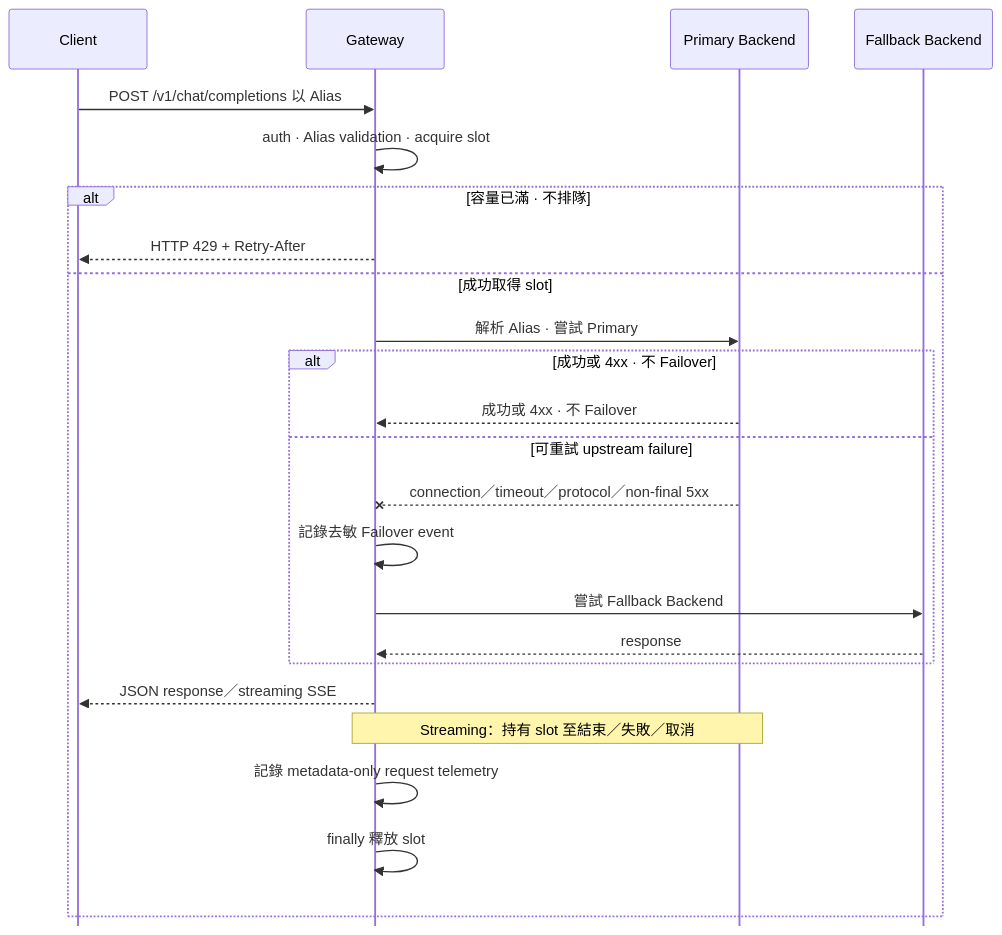
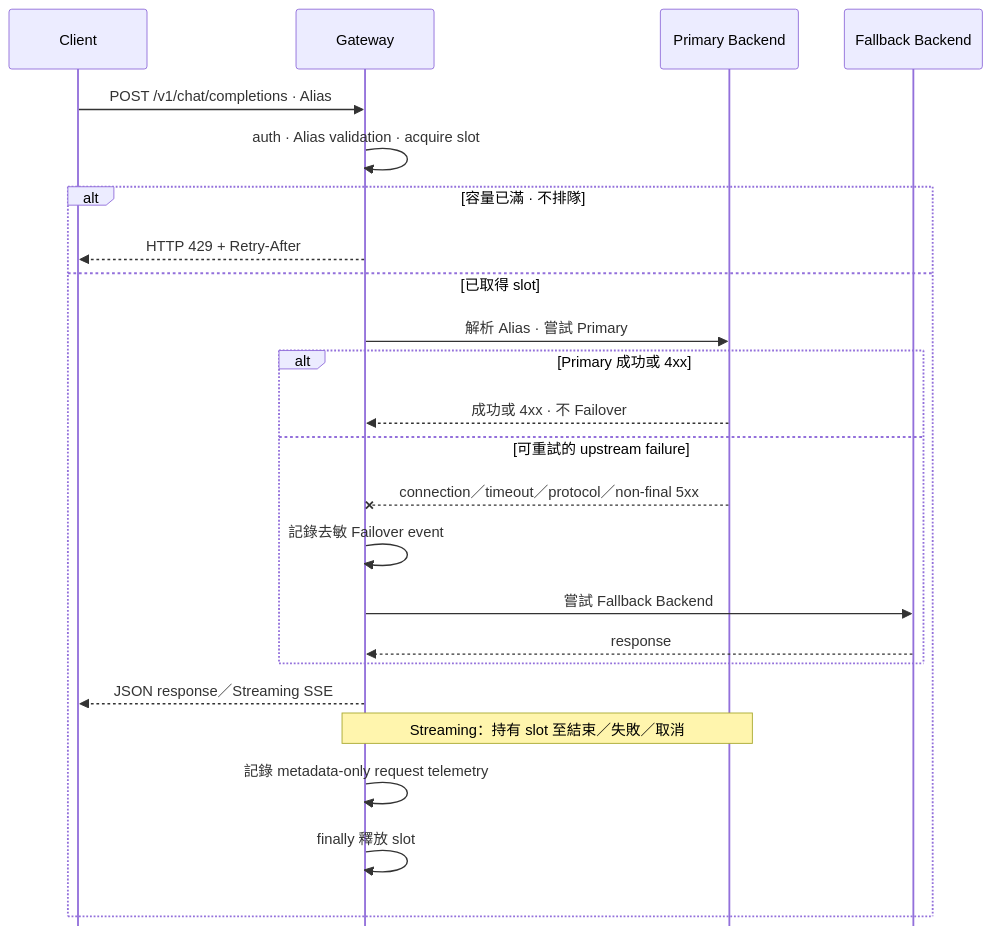
Before and after one commit to kuotunyu/local-inference-bench-gateway: the second of 3 diagrams in README.md, drawn with Mermaid. The commit also changed other lines of this file and 1 other file, not shown here.

Commit message:
docs: enforce exact README diagram labels

````diff
--- a/README.md
+++ b/README.md
@@ -79,28 +79,28 @@
 ```mermaid
 %%{init: {"themeVariables": {"fontSize": "20px"}, "sequence": {"actorFontSize": 20, "messageFontSize": 19, "noteFontSize": 18, "messageMargin": 22, "noteMargin": 8, "mirrorActors": false}}}%%
 sequenceDiagram
     participant Client
     participant Gateway
     participant Primary as Primary Backend
     participant Fallback as Fallback Backend
 
-    Client->>Gateway: POST /v1/chat/completions 以 Alias
+    Client->>Gateway: POST /v1/chat/completions · Alias
     Gateway->>Gateway: auth · Alias validation · acquire slot
     alt 容量已滿 · 不排隊
         Gateway-->>Client: HTTP 429 + Retry-After
-    else 成功取得 slot
+    else 已取得 slot
         Gateway->>Primary: 解析 Alias · 嘗試 Primary
-        alt 成功或 4xx · 不 Failover
+        alt Primary 成功或 4xx
             Primary-->>Gateway: 成功或 4xx · 不 Failover
-        else 可重試 upstream failure
+        else 可重試的 upstream failure
             Primary--xGateway: connection／timeout／protocol／non-final 5xx
             Gateway->>Gateway: 記錄去敏 Failover event
             Gateway->>Fallback: 嘗試 Fallback Backend
             Fallback-->>Gateway: response
         end
-        Gateway-->>Client: JSON response／streaming SSE
+        Gateway-->>Client: JSON response／Streaming SSE
         Note over Gateway,Primary: Streaming：持有 slot 至結束／失敗／取消
         Gateway->>Gateway: 記錄 metadata-only request telemetry
         Gateway->>Gateway: finally 釋放 slot
     end
 ```
````
